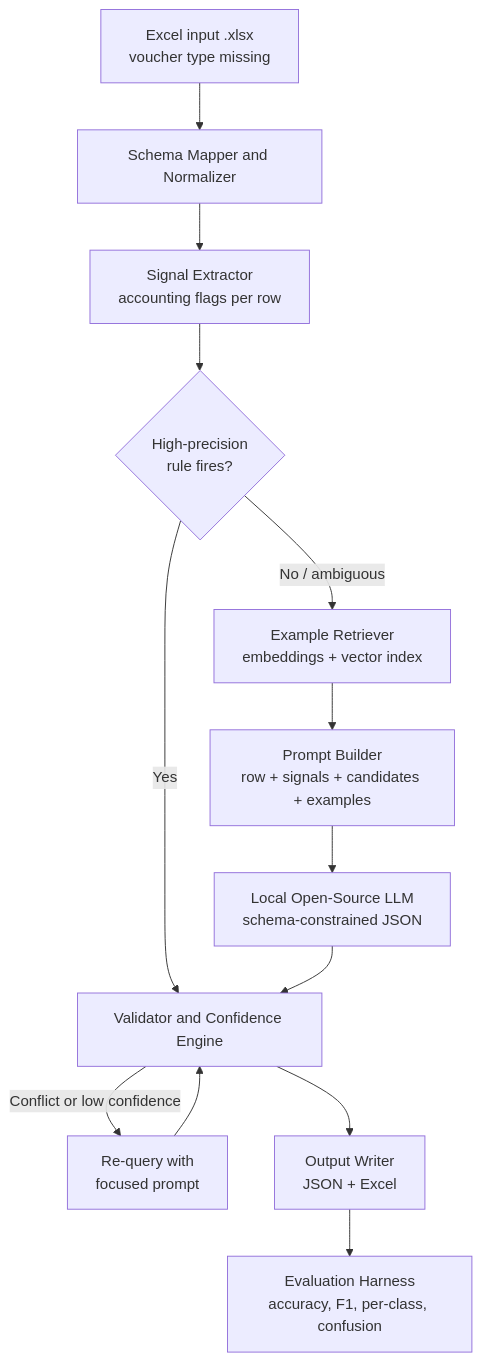
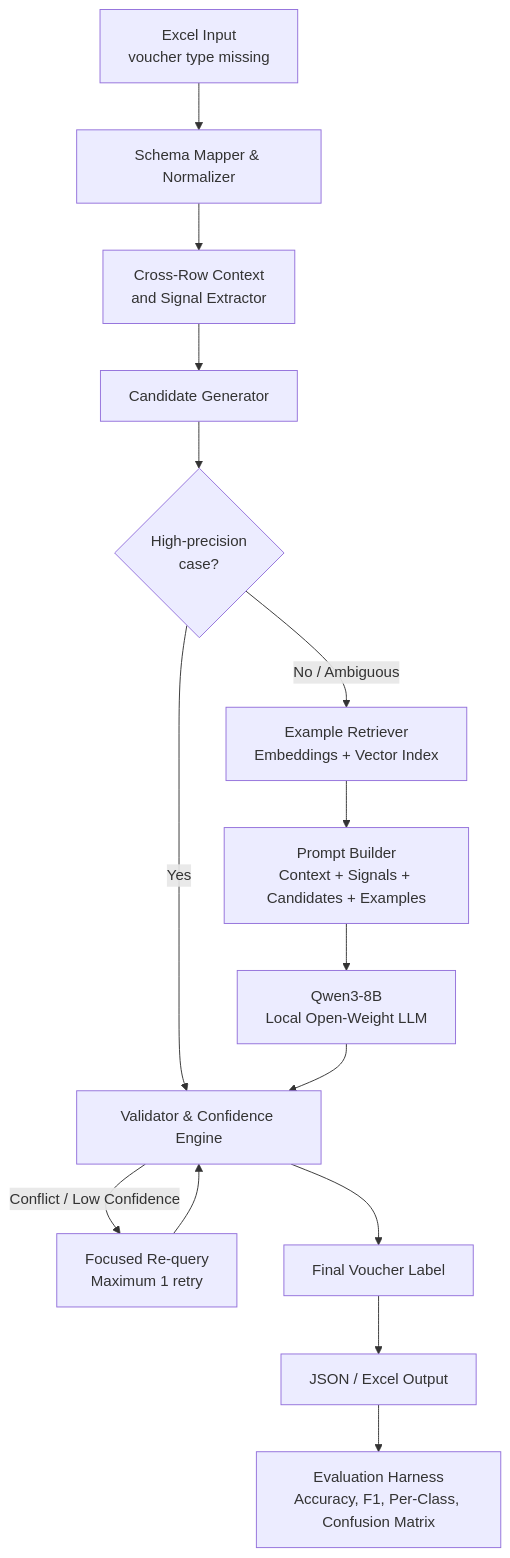
Before and after one commit to tanishqkale91-cmd/MidNighters: the first of 3 diagrams in README.md, drawn with Mermaid. The commit also changed other lines of this file, not shown here.

````diff
--- a/README.md
+++ b/README.md
@@ -198,15 +435,23 @@
 ```mermaid
 flowchart TD
-    A["Excel input .xlsx<br/>voucher type missing"] --> B["Schema Mapper and Normalizer"]
-    B --> C["Signal Extractor<br/>accounting flags per row"]
-    C --> D{"High-precision<br/>rule fires?"}
-    D -- "Yes" --> H["Validator and Confidence Engine"]
-    D -- "No / ambiguous" --> E["Example Retriever<br/>embeddings + vector index"]
-    E --> F["Prompt Builder<br/>row + signals + candidates + examples"]
-    F --> G["Local Open-Source LLM<br/>schema-constrained JSON"]
-    G --> H
-    H -- "Conflict or low confidence" --> I["Re-query with<br/>focused prompt"]
+    A["Excel Input<br/>voucher type missing"] --> B["Schema Mapper & Normalizer"]
+    B --> C["Cross-Row Context<br/>and Signal Extractor"]
+    C --> D["Candidate Generator"]
+
+    D --> E{"High-precision<br/>case?"}
+
+    E -- "Yes" --> H["Validator & Confidence Engine"]
+
+    E -- "No / Ambiguous" --> F["Example Retriever<br/>Embeddings + Vector Index"]
+    F --> G["Prompt Builder<br/>Context + Signals + Candidates + Examples"]
+    G --> I["Qwen3-8B<br/>Local Open-Weight LLM"]
     I --> H
-    H --> J["Output Writer<br/>JSON + Excel"]
-    J --> K["Evaluation Harness<br/>accuracy, F1, per-class, confusion"]
+
+    H -- "Conflict / Low Confidence" --> J["Focused Re-query<br/>Maximum 1 retry"]
+    J --> H
+
+    H --> K["Final Voucher Label"]
+    K --> L["JSON / Excel Output"]
+
+    L --> M["Evaluation Harness<br/>Accuracy, F1, Per-Class, Confusion Matrix"]
 ```
````
